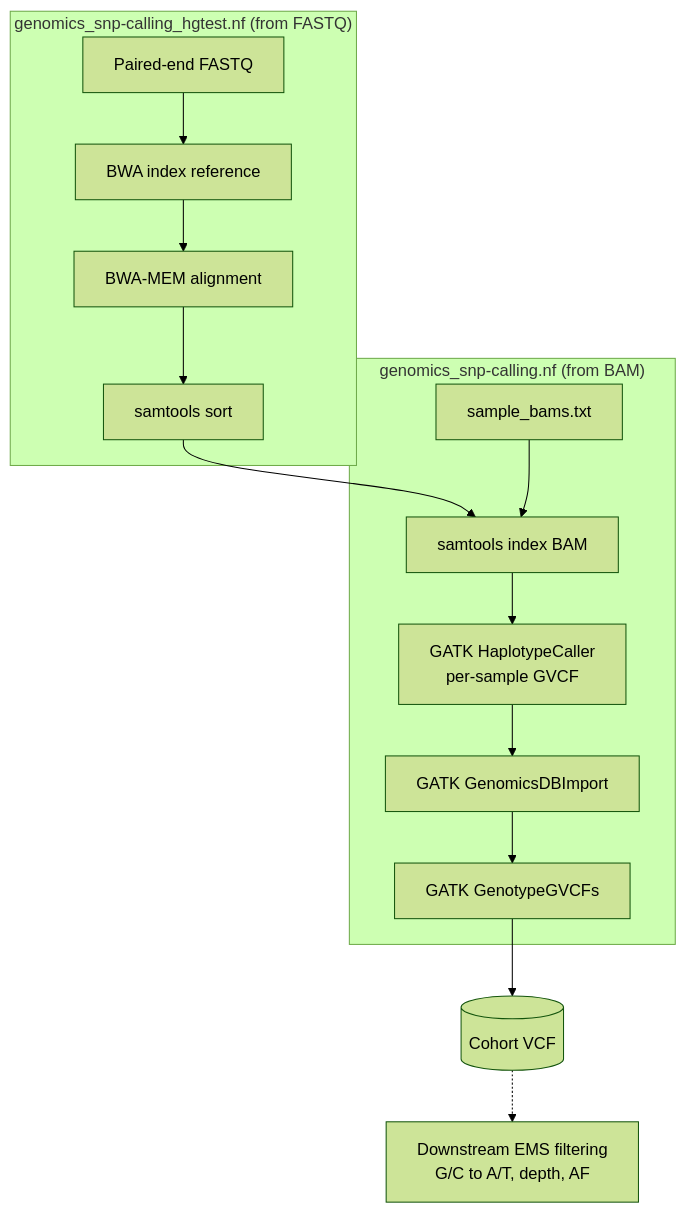
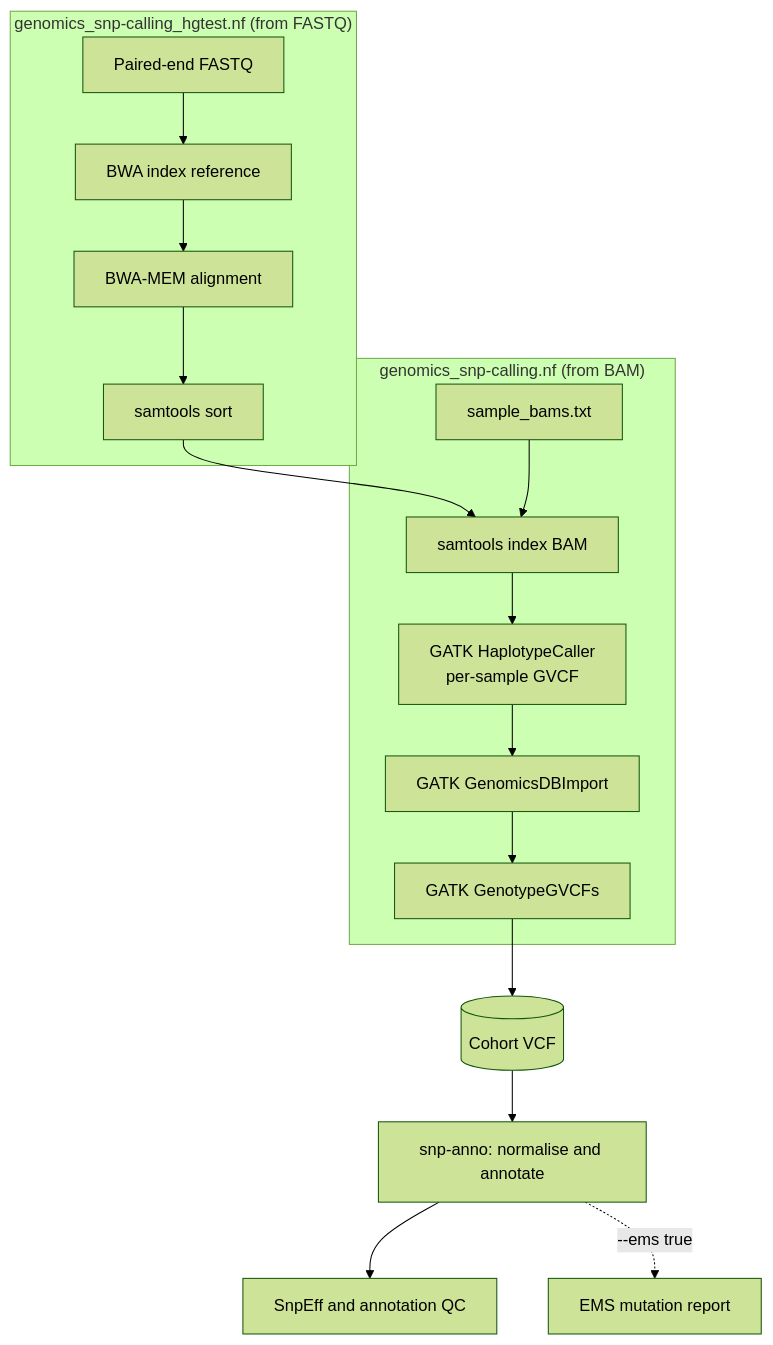
One commit to svsgvarma/nf_wgs_emsdb changed the diagram in README.md. Above: the diagram before and after it, drawn with Mermaid (forest theme). The commit also changed other lines of this file and 31 other files, not shown here.

First line of the commit message:
Add new modules and scripts for SNP annotation and calling

````diff
--- a/README.md
+++ b/README.md
@@ -32,17 +39,19 @@
 ```mermaid
 flowchart TD
     subgraph FQ["genomics_snp-calling_hgtest.nf (from FASTQ)"]
         A[Paired-end FASTQ] --> B[BWA index reference]
         B --> C[BWA-MEM alignment]
         C --> D[samtools sort]
     end
     D --> E
     subgraph BAM["genomics_snp-calling.nf (from BAM)"]
         F[sample_bams.txt] --> E[samtools index BAM]
         E --> G[GATK HaplotypeCaller<br/>per-sample GVCF]
         G --> H[GATK GenomicsDBImport]
         H --> I[GATK GenotypeGVCFs]
     end
     I --> J[(Cohort VCF)]
-    J -.-> K[Downstream EMS filtering<br/>G/C to A/T, depth, AF]
+   J --> K[snp-anno: normalise and annotate]
+   K --> L[SnpEff and annotation QC]
+   K -. --ems true .-> M[EMS mutation report]
 ```
````
